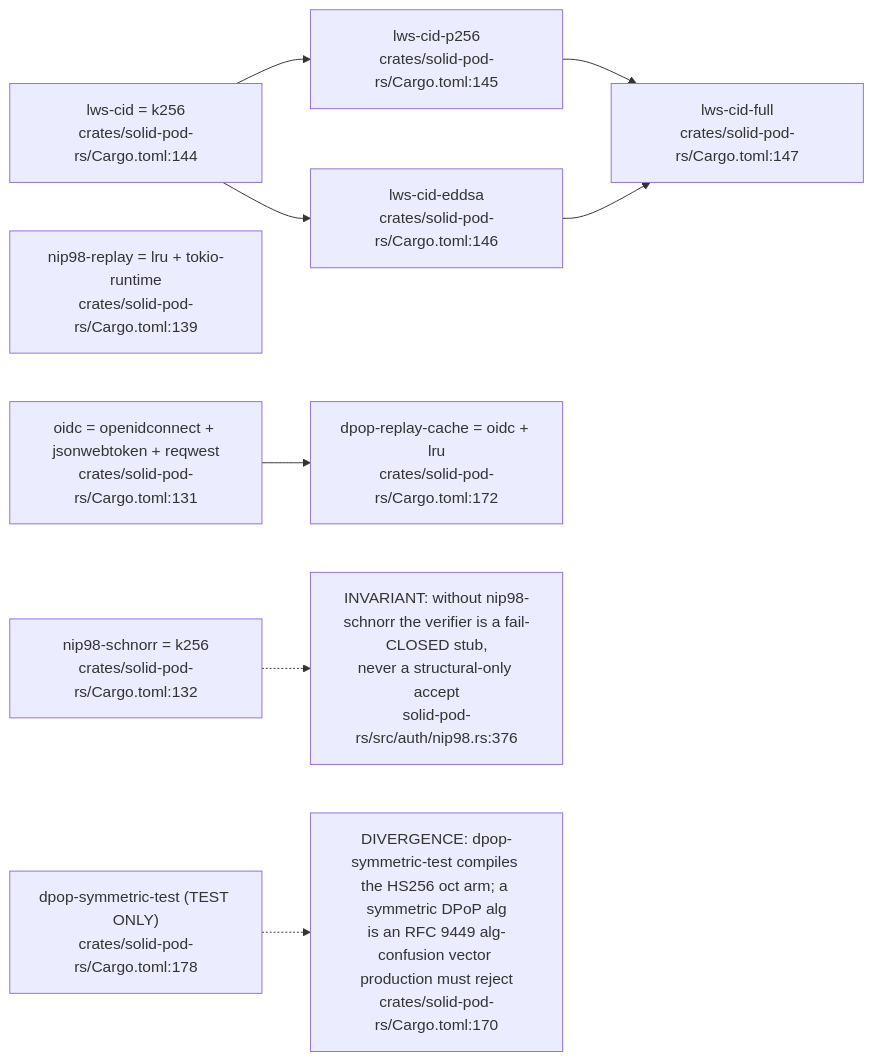
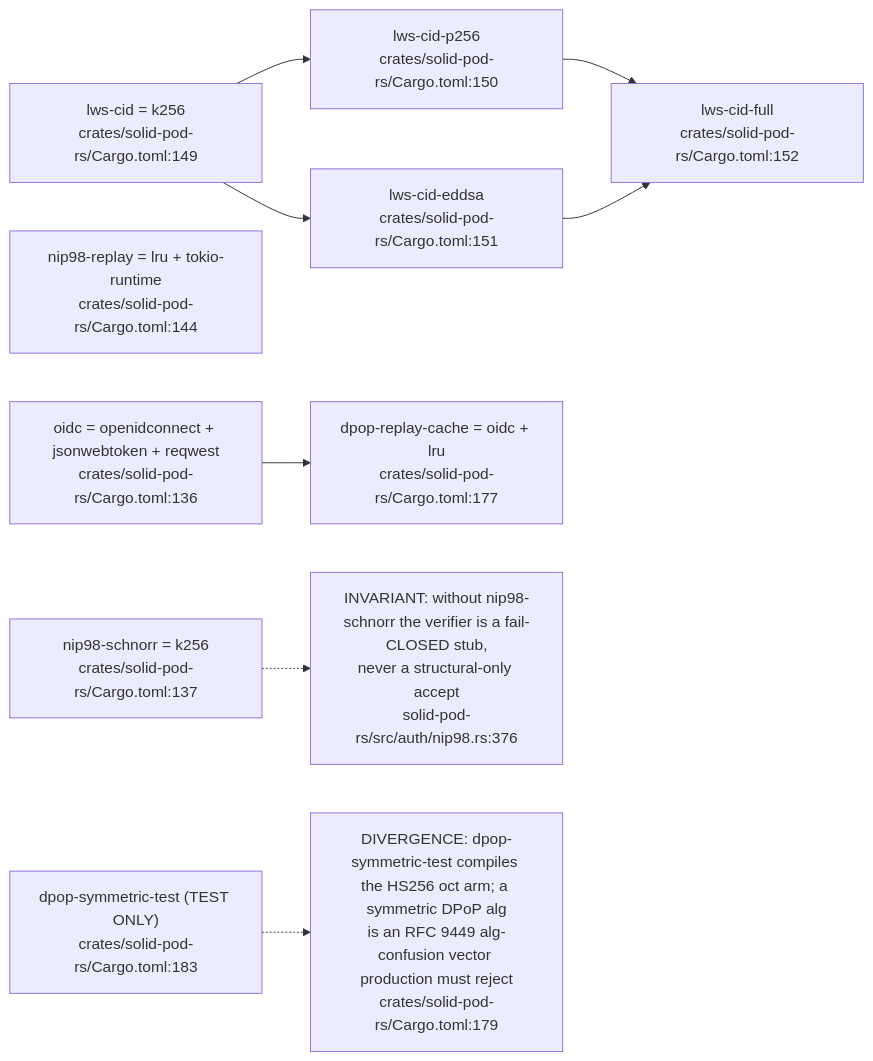
Before and after one commit to DreamLab-AI/VisionFlow: the fourth of 12 diagrams in docs/diagrams/solid-pod-rs/01-workspace-composition.md, drawn with Mermaid. The commit also changed other lines of this file and 160 other files, not shown here.

````diff
--- a/docs/diagrams/solid-pod-rs/01-workspace-composition.md
+++ b/docs/diagrams/solid-pod-rs/01-workspace-composition.md
@@ -134,23 +135,23 @@
 ```mermaid
 flowchart LR
-    NIP98S["nip98-schnorr = k256<br/>crates/solid-pod-rs/Cargo.toml:132"]
-    NIP98R["nip98-replay = lru + tokio-runtime<br/>crates/solid-pod-rs/Cargo.toml:139"]
-    LWS["lws-cid = k256<br/>crates/solid-pod-rs/Cargo.toml:144"]
-    LWSP["lws-cid-p256<br/>crates/solid-pod-rs/Cargo.toml:145"]
-    LWSE["lws-cid-eddsa<br/>crates/solid-pod-rs/Cargo.toml:146"]
-    LWSF["lws-cid-full<br/>crates/solid-pod-rs/Cargo.toml:147"]
-    OIDCF["oidc = openidconnect + jsonwebtoken + reqwest<br/>crates/solid-pod-rs/Cargo.toml:131"]
-    DPOPR["dpop-replay-cache = oidc + lru<br/>crates/solid-pod-rs/Cargo.toml:172"]
-    DPOPT["dpop-symmetric-test (TEST ONLY)<br/>crates/solid-pod-rs/Cargo.toml:178"]
+    NIP98S["nip98-schnorr = k256<br/>crates/solid-pod-rs/Cargo.toml:137"]
+    NIP98R["nip98-replay = lru + tokio-runtime<br/>crates/solid-pod-rs/Cargo.toml:144"]
+    LWS["lws-cid = k256<br/>crates/solid-pod-rs/Cargo.toml:149"]
+    LWSP["lws-cid-p256<br/>crates/solid-pod-rs/Cargo.toml:150"]
+    LWSE["lws-cid-eddsa<br/>crates/solid-pod-rs/Cargo.toml:151"]
+    LWSF["lws-cid-full<br/>crates/solid-pod-rs/Cargo.toml:152"]
+    OIDCF["oidc = openidconnect + jsonwebtoken + reqwest<br/>crates/solid-pod-rs/Cargo.toml:136"]
+    DPOPR["dpop-replay-cache = oidc + lru<br/>crates/solid-pod-rs/Cargo.toml:177"]
+    DPOPT["dpop-symmetric-test (TEST ONLY)<br/>crates/solid-pod-rs/Cargo.toml:183"]
 
     LWS --> LWSP
     LWS --> LWSE
     LWSP --> LWSF
     LWSE --> LWSF
     OIDCF --> DPOPR
 
     G1["INVARIANT: without nip98-schnorr the verifier is a fail-CLOSED stub,<br/>never a structural-only accept<br/>solid-pod-rs/src/auth/nip98.rs:376"]
     NIP98S -.-> G1
-    G2["DIVERGENCE: dpop-symmetric-test compiles the HS256 oct arm; a symmetric DPoP alg<br/>is an RFC 9449 alg-confusion vector production must reject<br/>crates/solid-pod-rs/Cargo.toml:170"]
+    G2["DIVERGENCE: dpop-symmetric-test compiles the HS256 oct arm; a symmetric DPoP alg<br/>is an RFC 9449 alg-confusion vector production must reject<br/>crates/solid-pod-rs/Cargo.toml:179"]
     DPOPT -.-> G2
 ```
````
